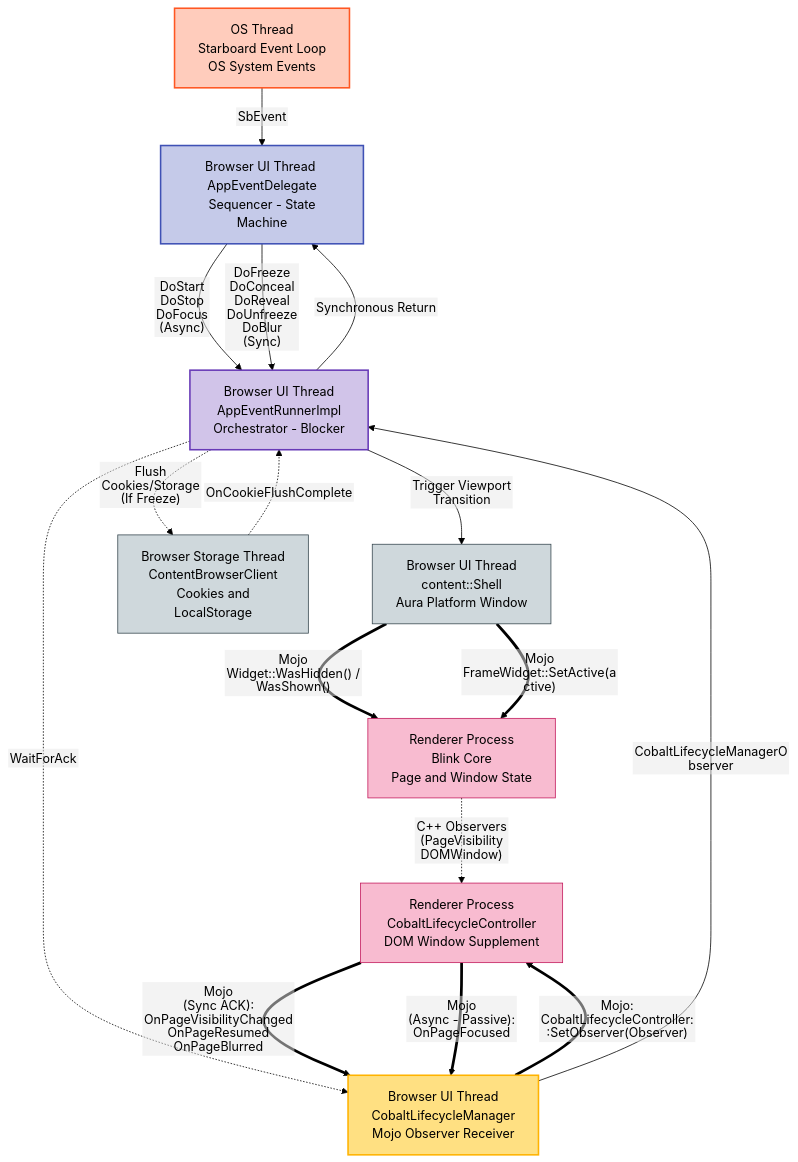
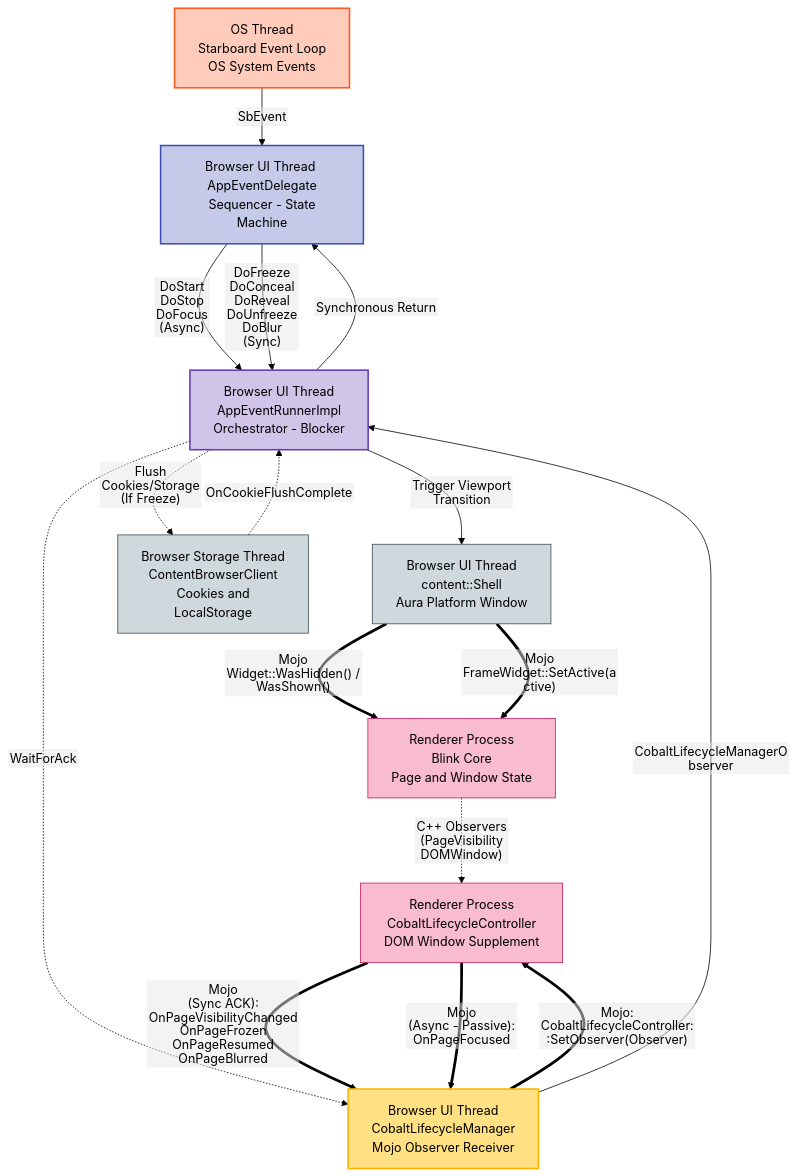
Before and after one commit to youtube/cobalt: the second of 14 diagrams in cobalt/doc/lifecycle_internals.md, drawn with Mermaid (forest theme). The commit also changed other lines of this file and 11 other files, not shown here.

````diff
--- a/cobalt/doc/lifecycle_internals.md
+++ b/cobalt/doc/lifecycle_internals.md
@@ -84,61 +84,61 @@
 ```mermaid
 graph TD
   %%{init: {"flowchart": {"htmlLabels": false}} }%%
 
   %% Nodes Definitions
   OS[OS Thread <br/> Starboard Event Loop <br/> OS System Events]
   Delegate[Browser UI Thread <br/> AppEventDelegate <br/> Sequencer - State Machine]
   Runner[Browser UI Thread <br/> AppEventRunnerImpl <br/> Orchestrator - Blocker]
 
   %% Chromium Browser Components
   Shell[Browser UI Thread <br/> content::Shell <br/> Aura Platform Window]
   Storage[Browser Storage Thread <br/> ContentBrowserClient <br/> Cookies and <br/> LocalStorage]
 
   Manager[Browser UI Thread <br/> CobaltLifecycleManager <br/> Mojo Observer Receiver]
 
   %% Renderer Core & Supplements
   BlinkCore[Renderer Process <br/> Blink Core <br/> Page and Window State]
   Controller[Renderer Process <br/> CobaltLifecycleController <br/> DOM Window Supplement]
 
   %% Apply Styles
   style OS fill:#FFCCBC,stroke:#FF5722,stroke-width:2px;
   style Shell fill:#CFD8DC,stroke:#37474F,stroke-width:1px;
   style Storage fill:#CFD8DC,stroke:#37474F,stroke-width:1px;
   style Delegate fill:#C5CAE9,stroke:#3F51B5,stroke-width:2px;
   style Runner fill:#D1C4E9,stroke:#673AB7,stroke-width:2px;
   style Manager fill:#FFE082,stroke:#FFB300,stroke-width:2px;
   style BlinkCore fill:#F8BBD0,stroke:#C2185B,stroke-width:1px;
   style Controller fill:#F8BBD0,stroke:#C2185B,stroke-width:1px;
 
   %% Directed Coordination Edges
   OS -->|"SbEvent"| Delegate
   Delegate -->|"DoStart <br/> DoStop <br/> DoFocus <br/> (Async)"| Runner
   Delegate -->|"DoFreeze <br/> DoConceal <br/> DoReveal <br/> DoUnfreeze <br/> DoBlur <br/> (Sync)"| Runner
 
   %% Wait State Branches (Storage)
   Runner -.->|"Flush <br/> Cookies/Storage <br/> (If Freeze)"| Storage
   Storage -.->|"OnCookieFlushComplete"| Runner
 
   %% Direct Transition Trigger (Runner -> Shell -> Renderer Blink)
   Runner -->|"Trigger Viewport Transition"| Shell
 
   Shell ==>|"Mojo <br/> Widget::WasHidden() / WasShown()"| BlinkCore
   Shell ==>|"Mojo <br/> FrameWidget::SetActive(active)"| BlinkCore
 
   %% C++ State Observation inside Blink
   BlinkCore -.->|"C++ Observers (PageVisibility <br/> DOMWindow)"| Controller
 
   %% Wait State Branches (Mojo Acks - Sync Blocking transitions only)
   Runner -.->|"WaitForAck"| Manager
 
   %% Mojo Control Flow (Browser -> Renderer)
   Manager ==>|"Mojo: <br/> CobaltLifecycleController::SetObserver(Observer)"| Controller
 
   %% Mojo Observation Flow (Renderer -> Browser Manager)
-  Controller ==>|"Mojo <br/> (Sync ACK): <br/> OnPageVisibilityChanged <br/> OnPageResumed <br/> OnPageBlurred"| Manager
+  Controller ==>|"Mojo <br/> (Sync ACK): <br/> OnPageVisibilityChanged <br/> OnPageFrozen <br/> OnPageResumed <br/> OnPageBlurred"| Manager
   Controller ==>|"Mojo <br/> (Async - Passive): <br/> OnPageFocused"| Manager
 
   %% Return to main loop after aggregation (Only for Sync Blocking transitions)
   Manager -->|"CobaltLifecycleManagerObserver"| Runner
   Runner -->|"Synchronous Return"| Delegate
 ```
````
